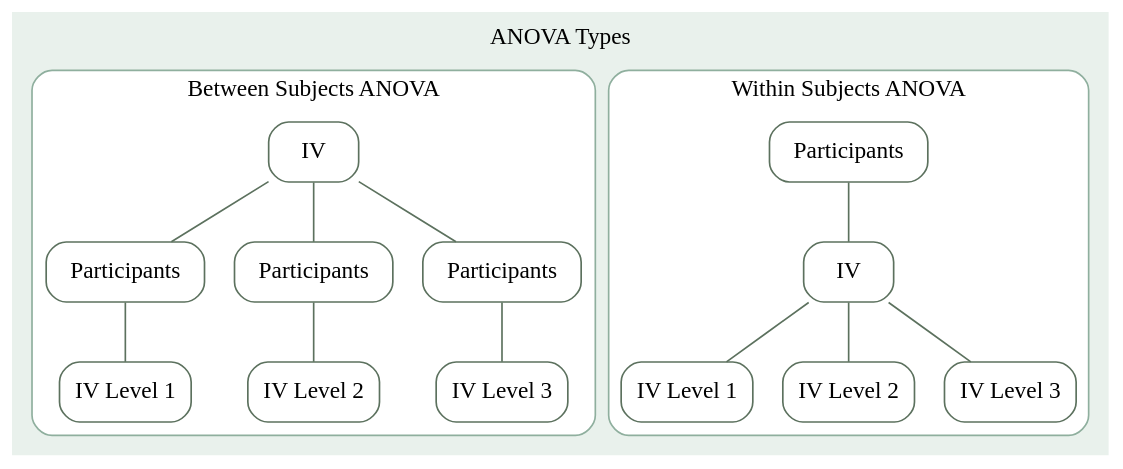
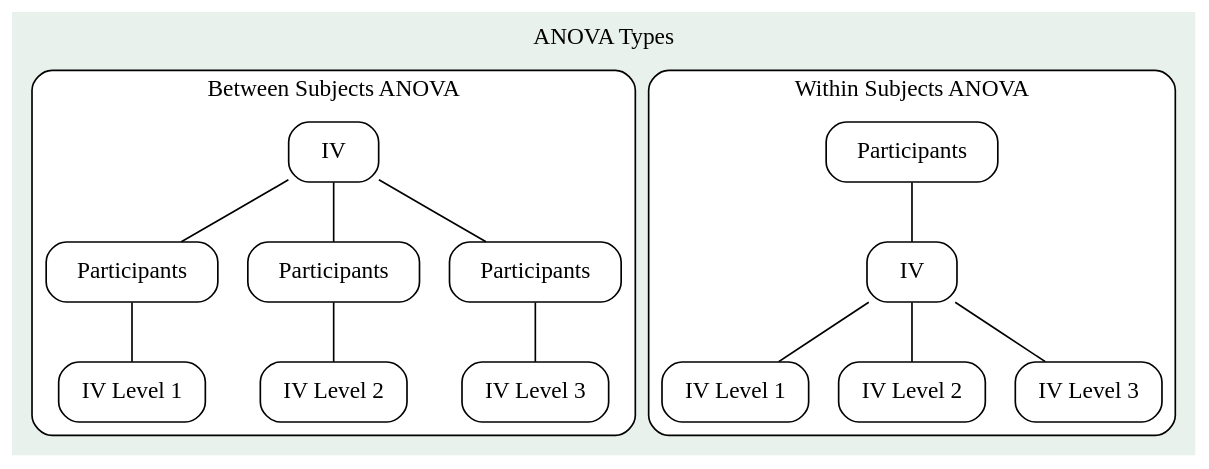
The fourth of 5 diagrams in lec12/lec12.qmd (DavidBrocker/348SlideDecks), drawn with Graphviz before and after one commit. The commit also changed other lines of this file and 2 other files, not shown here.

````diff
--- a/lec12/lec12.qmd
+++ b/lec12/lec12.qmd
@@ -247,48 +170,48 @@
 ```{dot}
 graph {
-  node[shape = box, style = "rounded,filled", fillcolor = "white", color = "#5C715E", fontname = "Fira Sans"]
-  edge[color = "#5C715E"]
+
+  node[shape = box, style = rounded]
   center="t"
   bgcolor="#E9F1EC"
   label="ANOVA Types"
   labelloc="t"
 
   subgraph cluster_anova {
     style = rounded
-    color = "#8FAF9E"
     label="Between Subjects ANOVA"
     bgcolor="white"
     IV
-
+    
     Level1[label="IV Level 1"]
     Level2[label="IV Level 2"]
     Level3[label="IV Level 3"]
-
+    
     Participants1[label = "Participants"]
     Participants2[label = "Participants"]
     Participants3[label = "Participants"]
-
+    
     IV -- Participants1 -- Level1
     IV -- Participants2 --Level2
     IV -- Participants3 --Level3
+    
   }
-
-  subgraph cluster_wanova {
+  
+    subgraph cluster_wanova {
     style = rounded
-    color = "#8FAF9E"
     label="Within Subjects ANOVA"
     bgcolor="white"
     ParticipantsW [label="Participants"]
     IVW [label = "IV"]
-
+    
     Level1W[label="IV Level 1"]
     Level2W[label="IV Level 2"]
     Level3W[label="IV Level 3"]
-
+    
     ParticipantsW -- IVW
     IVW -- Level1W
     IVW -- Level2W
     IVW -- Level3W
+    
   }
 }
 ```
````
